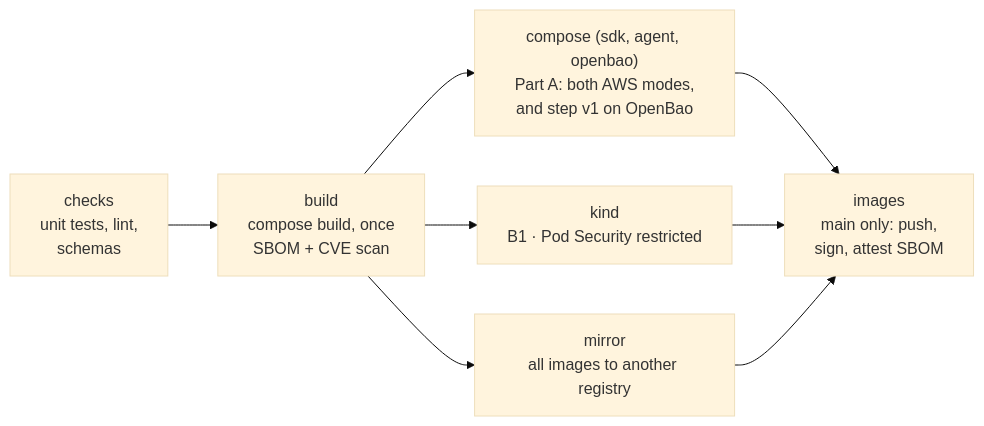
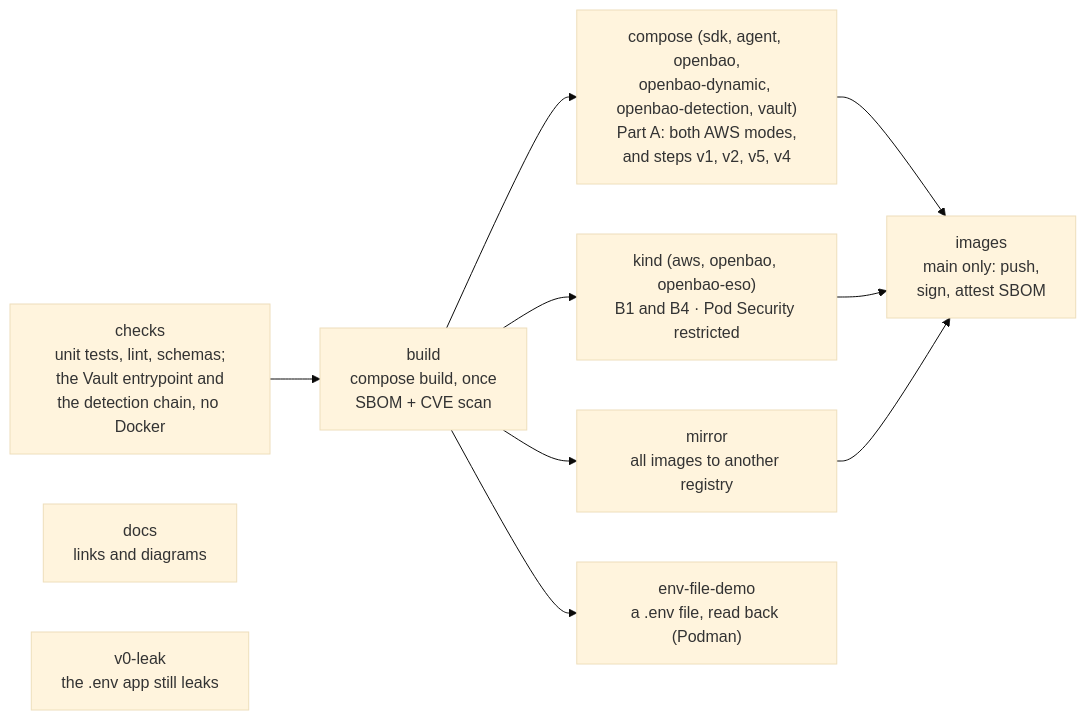
One commit to ephico2real2/openbao-node-poc changed the diagram in docs/GUIDE.md. Above: the diagram before and after it, drawn with Mermaid (base theme). The commit also changed other lines of this file and 1 other file, not shown here.

Commit message:
B8: GUIDE and TUTORIAL cover steps v1-v5; the CI section matches the workflow

````diff
--- a/docs/GUIDE.md
+++ b/docs/GUIDE.md
@@ -248,10 +332,13 @@
 ```mermaid
 flowchart LR
-  checks["checks<br/>unit tests, lint,<br/>schemas"] --> build["build<br/>compose build, once<br/>SBOM + CVE scan"]
-  build --> compose["compose (sdk, agent, openbao)<br/>Part A: both AWS modes,<br/>and step v1 on OpenBao"]
-  build --> kind["kind<br/>B1 · Pod Security restricted"]
+  checks["checks<br/>unit tests, lint, schemas;<br/>the Vault entrypoint and<br/>the detection chain, no Docker"] --> build["build<br/>compose build, once<br/>SBOM + CVE scan"]
+  build --> compose["compose (sdk, agent, openbao,<br/>openbao-dynamic, openbao-detection, vault)<br/>Part A: both AWS modes,<br/>and steps v1, v2, v5, v4"]
+  build --> kind["kind (aws, openbao, openbao-eso)<br/>B1 and B4 · Pod Security restricted"]
   build --> mirror["mirror<br/>all images to another registry"]
+  build --> envfile["env-file-demo<br/>a .env file, read back (Podman)"]
   compose --> images["images<br/>main only: push,<br/>sign, attest SBOM"]
   kind --> images
   mirror --> images
+  docs["docs<br/>links and diagrams"]
+  v0["v0-leak<br/>the .env app still leaks"]
 ```
````
